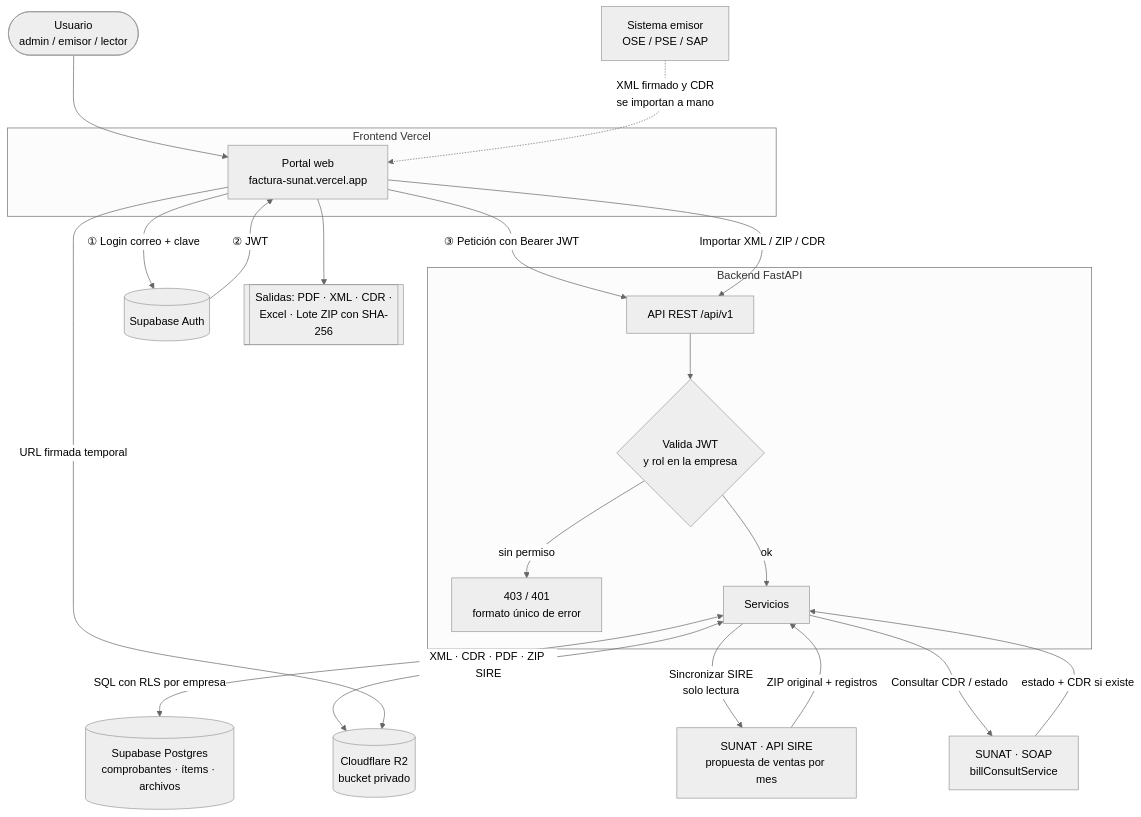
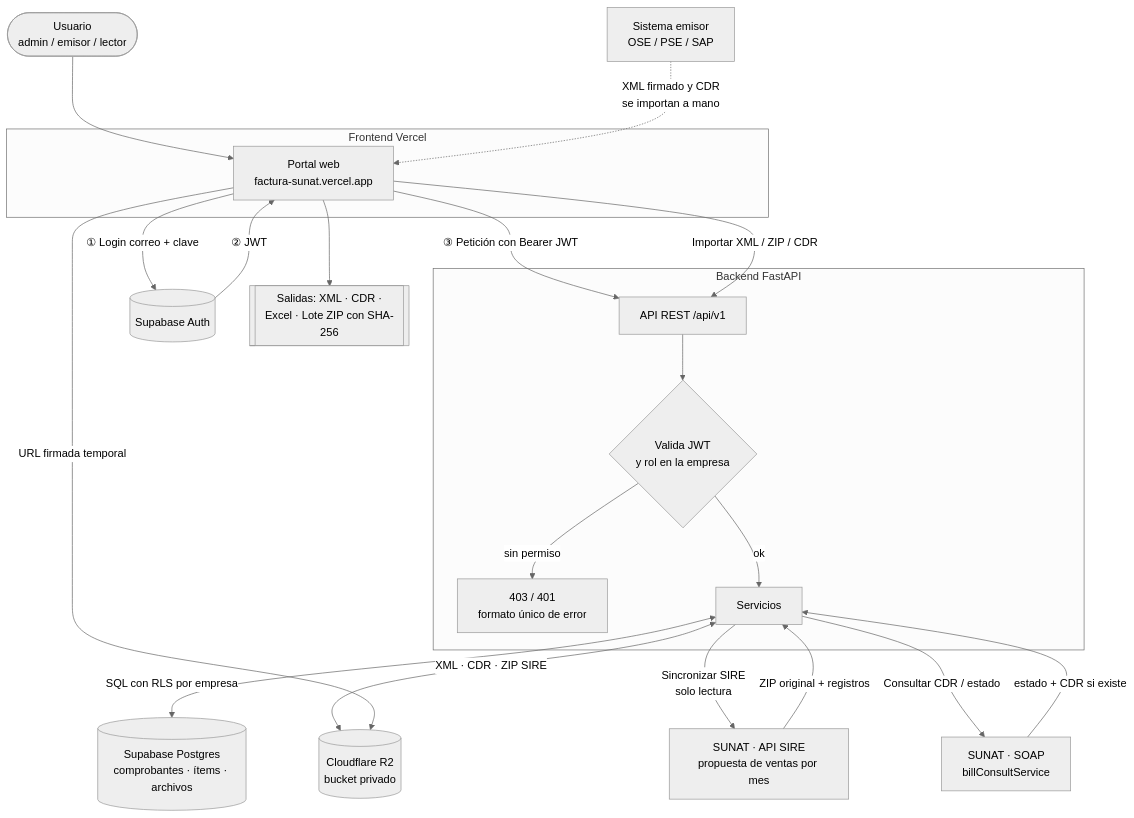
Before and after one commit to bloodkiller666/portal-sunat-back: the first of 2 diagrams in FUNCIONAMIENTO_Y_PUESTA_EN_MARCHA.md, drawn with Mermaid (neutral theme). The commit also changed other lines of this file and 21 other files, not shown here.

Commit message:
feat: filtro por vencimiento, importar N° SAP desde Excel; retira PDF y Check SAP

````diff
--- a/FUNCIONAMIENTO_Y_PUESTA_EN_MARCHA.md
+++ b/FUNCIONAMIENTO_Y_PUESTA_EN_MARCHA.md
@@ -14,34 +14,34 @@
 ```mermaid
 flowchart TD
     U([Usuario<br/>admin / emisor / lector]) --> FE
 
     subgraph FE_BOX ["Frontend Vercel"]
         FE[Portal web<br/>factura-sunat.vercel.app]
     end
 
     FE -->|① Login correo + clave| SA[(Supabase Auth)]
     SA -->|② JWT| FE
     FE -->|③ Petición con Bearer JWT| API
 
     subgraph BE ["Backend FastAPI"]
         API[API REST /api/v1]
         API --> VAL{Valida JWT<br/>y rol en la empresa}
         VAL -->|sin permiso| ERR[403 / 401<br/>formato único de error]
         VAL -->|ok| SRV[Servicios]
     end
 
     SRV <-->|SQL con RLS por empresa| DB[(Supabase Postgres<br/>comprobantes · ítems · archivos)]
-    SRV <-->|XML · CDR · PDF · ZIP SIRE| R2[(Cloudflare R2<br/>bucket privado)]
+    SRV <-->|XML · CDR · ZIP SIRE| R2[(Cloudflare R2<br/>bucket privado)]
 
     SRV -->|Sincronizar SIRE<br/>solo lectura| SIRE[SUNAT · API SIRE<br/>propuesta de ventas por mes]
     SRV -->|Consultar CDR / estado| SOAP[SUNAT · SOAP<br/>billConsultService]
 
     SIRE -->|ZIP original + registros| SRV
     SOAP -->|estado + CDR si existe| SRV
 
     EXT[Sistema emisor<br/>OSE / PSE / SAP] -.->|XML firmado y CDR<br/>se importan a mano| FE
     FE -->|Importar XML / ZIP / CDR| API
 
     FE -->|URL firmada temporal| R2
-    FE --> OUT[[Salidas: PDF · XML · CDR ·<br/>Excel · Lote ZIP con SHA-256]]
+    FE --> OUT[[Salidas: XML · CDR ·<br/>Excel · Lote ZIP con SHA-256]]
 ```
````
